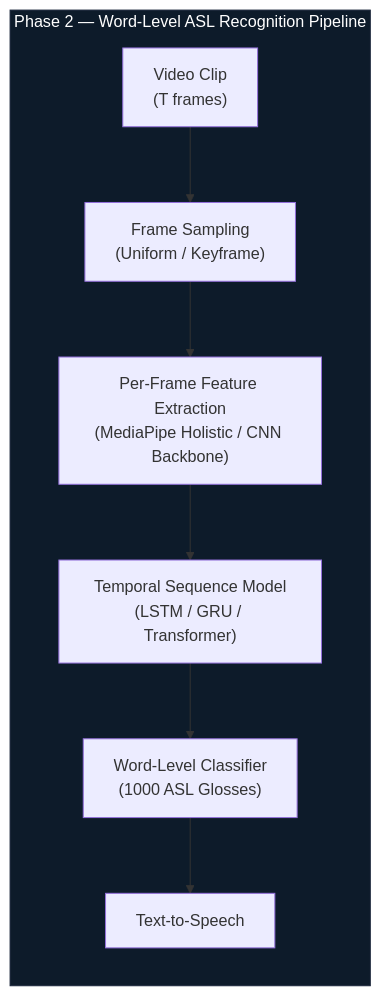
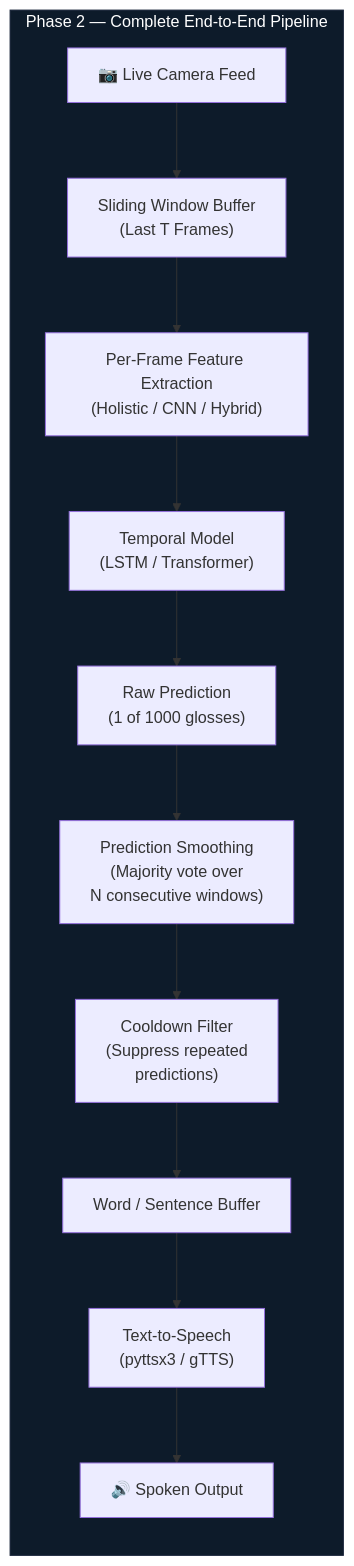
Before and after one commit to InvictusRex/Fulcrum: the seventh of 11 diagrams in README.md, drawn with Mermaid. The commit also changed other lines of this file, not shown here.

Commit message:
docs: Updated README.md to reflect current progression & future roadmap

````diff
--- a/README.md
+++ b/README.md
@@ -178,13 +296,17 @@
 ```mermaid
 graph TD
-    subgraph PHASE2 ["Phase 2 — Word-Level ASL Recognition Pipeline"]
+    subgraph REALTIME_ASL ["Phase 2 — Complete End-to-End Pipeline"]
         direction TB
-        VID["Video Clip<br/>(T frames)"] --> SAMPLE["Frame Sampling<br/>(Uniform / Keyframe)"]
-        SAMPLE --> FEAT["Per-Frame Feature Extraction<br/>(MediaPipe Holistic / CNN Backbone)"]
-        FEAT --> SEQ["Temporal Sequence Model<br/>(LSTM / GRU / Transformer)"]
-        SEQ --> CLS["Word-Level Classifier<br/>(1000 ASL Glosses)"]
-        CLS --> TTS2["Text-to-Speech"]
+        LIVE_CAM["📷 Live Camera Feed"] --> BUF["Sliding Window Buffer<br/>(Last T Frames)"]
+        BUF --> FEAT["Per-Frame Feature Extraction<br/>(Holistic / CNN / Hybrid)"]
+        FEAT --> TEMP_MODEL["Temporal Model<br/>(LSTM / Transformer)"]
+        TEMP_MODEL --> RAW_PRED["Raw Prediction<br/>(1 of 1000 glosses)"]
+        RAW_PRED --> SMOOTH["Prediction Smoothing<br/>(Majority vote over<br/>N consecutive windows)"]
+        SMOOTH --> COOLDOWN["Cooldown Filter<br/>(Suppress repeated<br/>predictions)"]
+        COOLDOWN --> WORD_BUF["Word / Sentence Buffer"]
+        WORD_BUF --> TTS_P2["Text-to-Speech<br/>(pyttsx3 / gTTS)"]
+        TTS_P2 --> SPEAKER["🔊 Spoken Output"]
     end
 
-    style PHASE2 fill:#0d1b2a,stroke:#1b263b,color:#fff
+    style REALTIME_ASL fill:#0d1b2a,stroke:#1b263b,color:#fff
 ```
````
